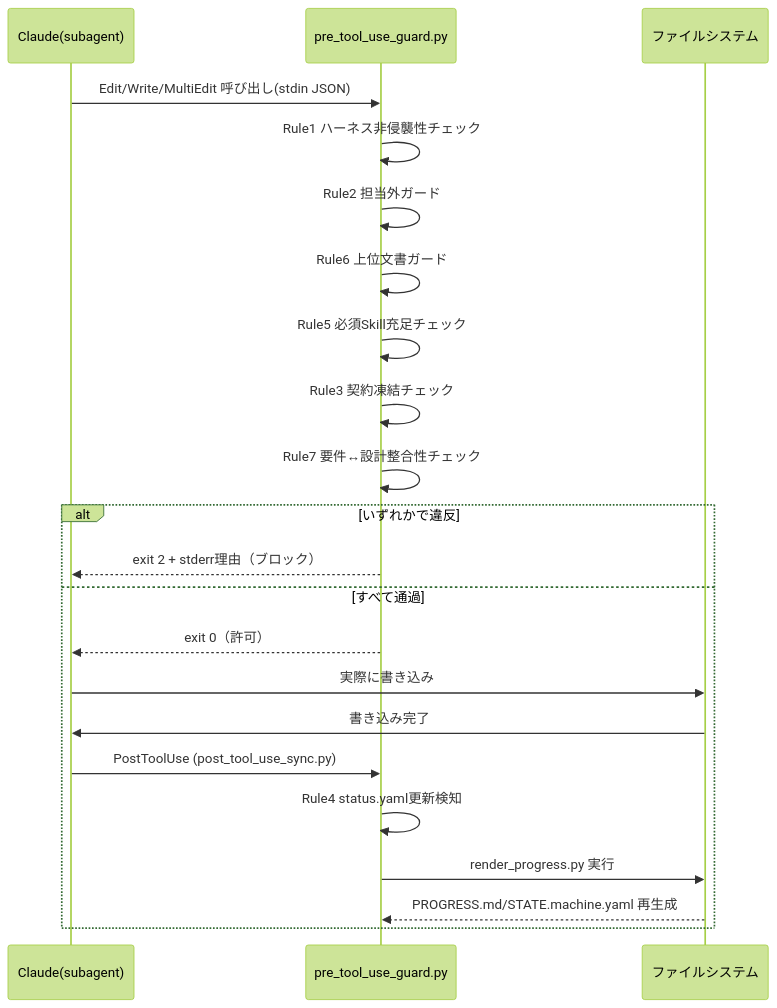
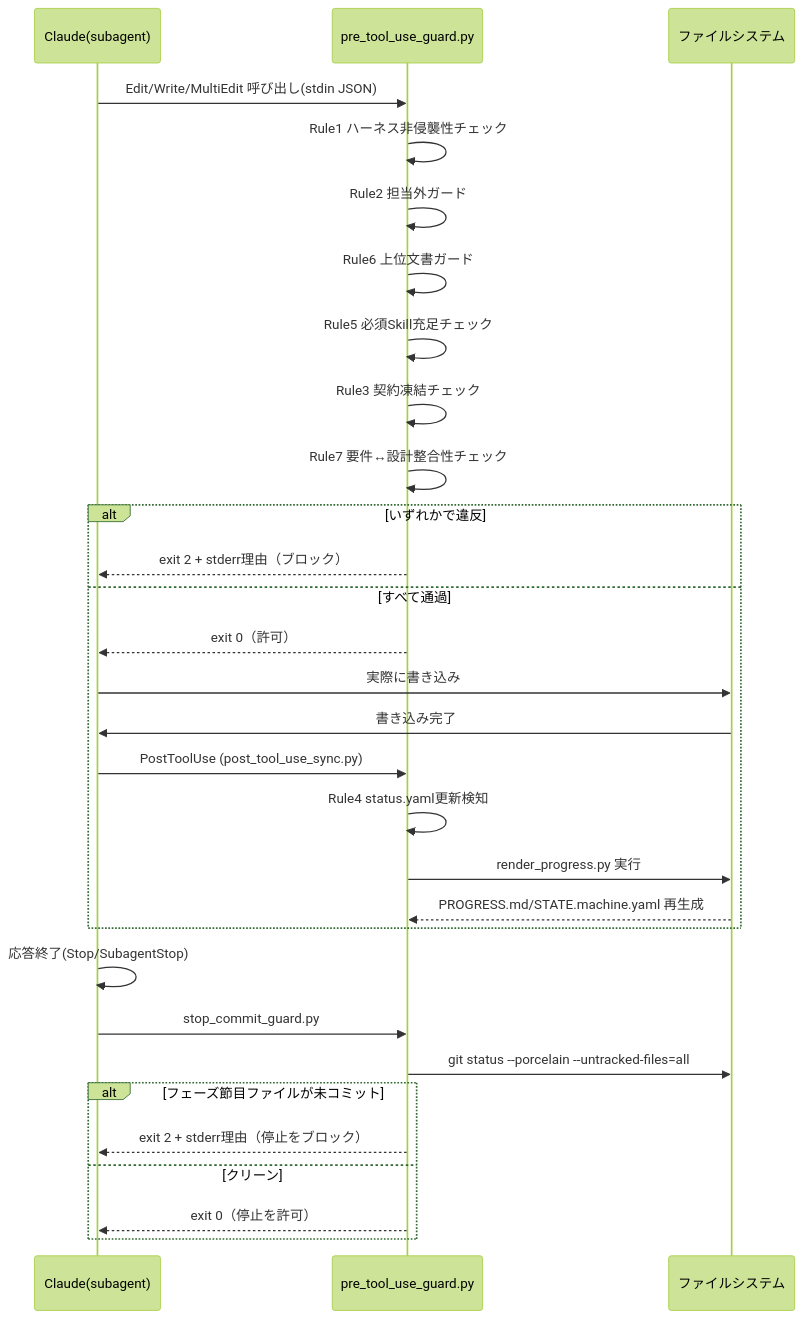
One commit to studioyukidaruma-dev/apparness changed the third of 6 diagrams in HARNESS_GUIDE.md. Above: the diagram before and after it, drawn with Mermaid (forest theme). The commit also changed other lines of this file and 6 other files, not shown here.

````diff
--- a/HARNESS_GUIDE.md
+++ b/HARNESS_GUIDE.md
@@ -216,25 +216,33 @@
 ```mermaid
 sequenceDiagram
     participant Agent as Claude(subagent)
     participant Hook as pre_tool_use_guard.py
     participant FS as ファイルシステム
 
     Agent->>Hook: Edit/Write/MultiEdit 呼び出し(stdin JSON)
     Hook->>Hook: Rule1 ハーネス非侵襲性チェック
     Hook->>Hook: Rule2 担当外ガード
     Hook->>Hook: Rule6 上位文書ガード
     Hook->>Hook: Rule5 必須Skill充足チェック
     Hook->>Hook: Rule3 契約凍結チェック
     Hook->>Hook: Rule7 要件↔設計整合性チェック
     alt いずれかで違反
         Hook-->>Agent: exit 2 + stderr理由（ブロック）
     else すべて通過
         Hook-->>Agent: exit 0（許可）
         Agent->>FS: 実際に書き込み
         FS->>Agent: 書き込み完了
         Agent->>Hook: PostToolUse (post_tool_use_sync.py)
         Hook->>Hook: Rule4 status.yaml更新検知
         Hook->>FS: render_progress.py 実行
         FS-->>Hook: PROGRESS.md/STATE.machine.yaml 再生成
     end
+    Agent->>Agent: 応答終了(Stop/SubagentStop)
+    Agent->>Hook: stop_commit_guard.py
+    Hook->>FS: git status --porcelain --untracked-files=all
+    alt フェーズ節目ファイルが未コミット
+        Hook-->>Agent: exit 2 + stderr理由（停止をブロック）
+    else クリーン
+        Hook-->>Agent: exit 0（停止を許可）
+    end
 ```
````
